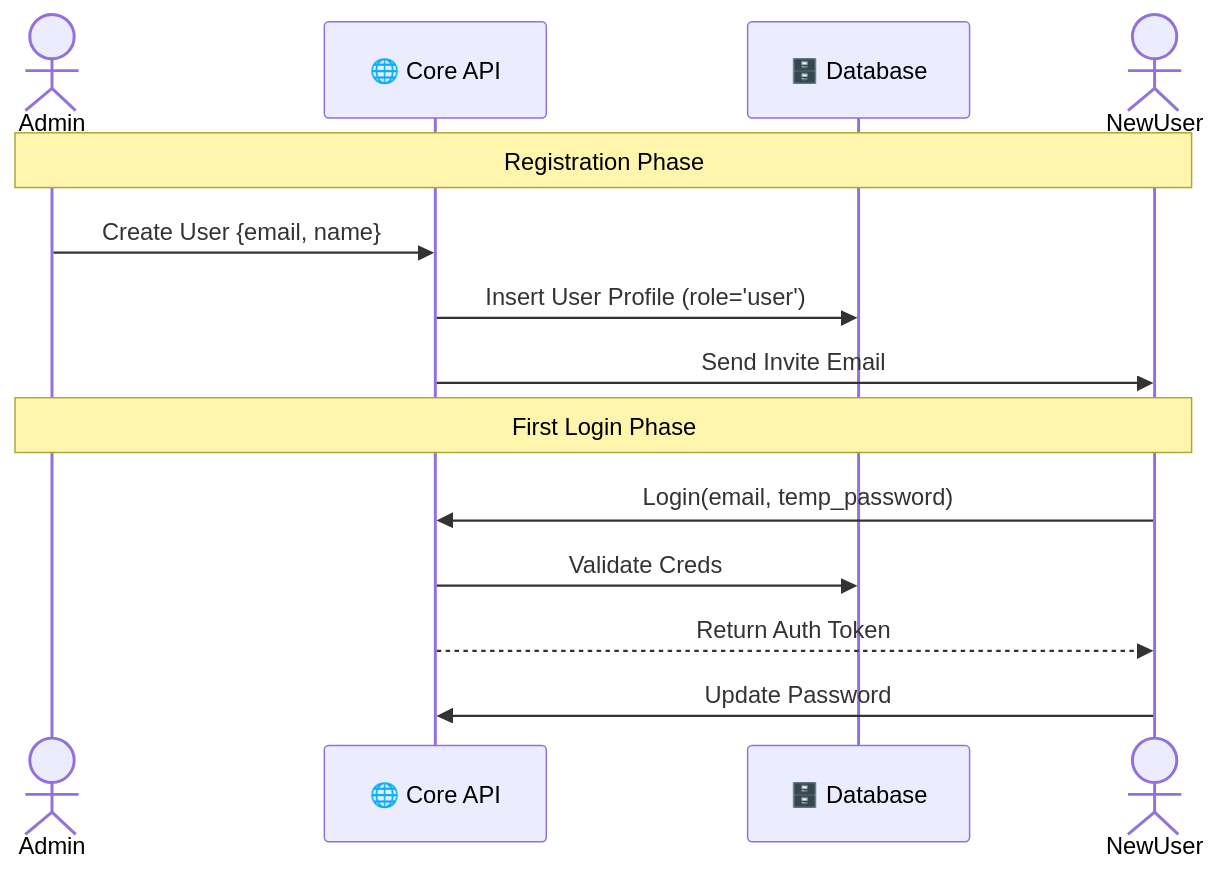
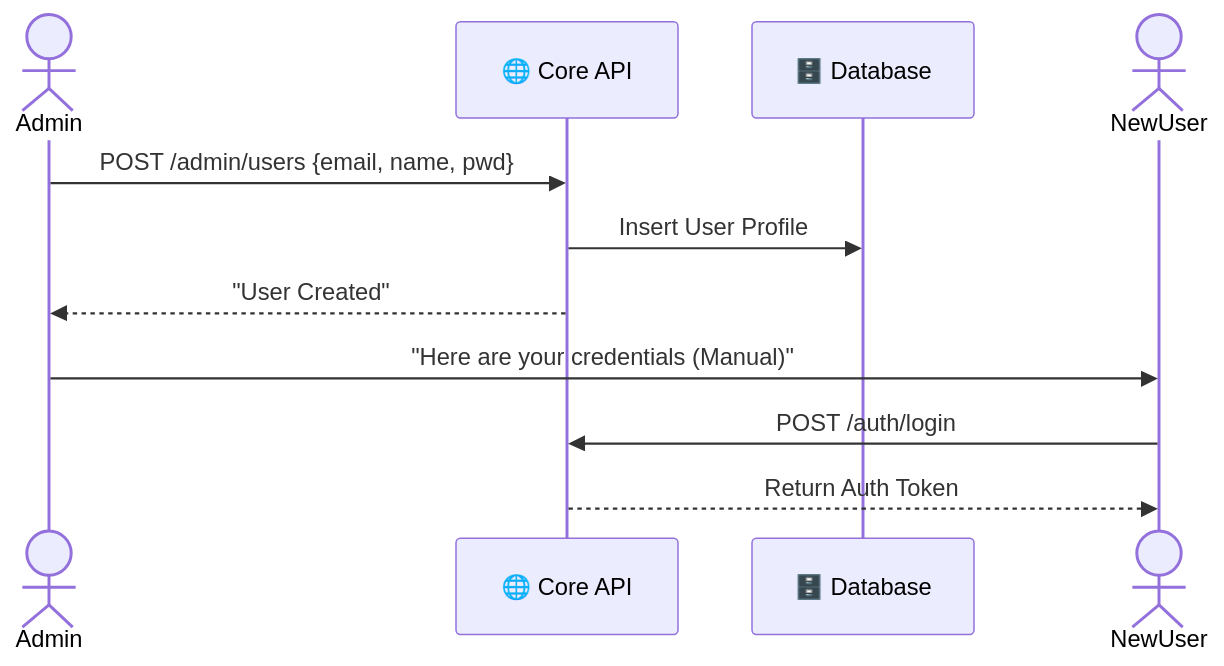
The eighth of 12 diagrams in docs/ARCHITECTURE.md (narcisoriol-toorconnect/randomleague), drawn with Mermaid before and after one commit. The commit also changed other lines of this file and 10 other files, not shown here.

Commit message:
feat: Add API contract definitions for authentication, social, rankings, and admin, and update related architecture, requirements, and database documentation.

````diff
--- a/docs/ARCHITECTURE.md
+++ b/docs/ARCHITECTURE.md
@@ -208,18 +209,14 @@
 ```mermaid
 sequenceDiagram
     actor Admin
     participant API as 🌐 Core API
     participant DB as 🗄️ Database
     actor NewUser
 
-    note over Admin, NewUser: Registration Phase
-    Admin->>API: Create User {email, name}
-    API->>DB: Insert User Profile (role='user')
-    API->>NewUser: Send Invite Email
-
-    note over Admin, NewUser: First Login Phase
-    NewUser->>API: Login(email, temp_password)
-    API->>DB: Validate Creds
+    Admin->>API: POST /admin/users {email, name, pwd}
+    API->>DB: Insert User Profile
+    API-->>Admin: "User Created"
+    Admin->>NewUser: "Here are your credentials (Manual)"
+    NewUser->>API: POST /auth/login
     API-->>NewUser: Return Auth Token
-    NewUser->>API: Update Password
 ```
````
